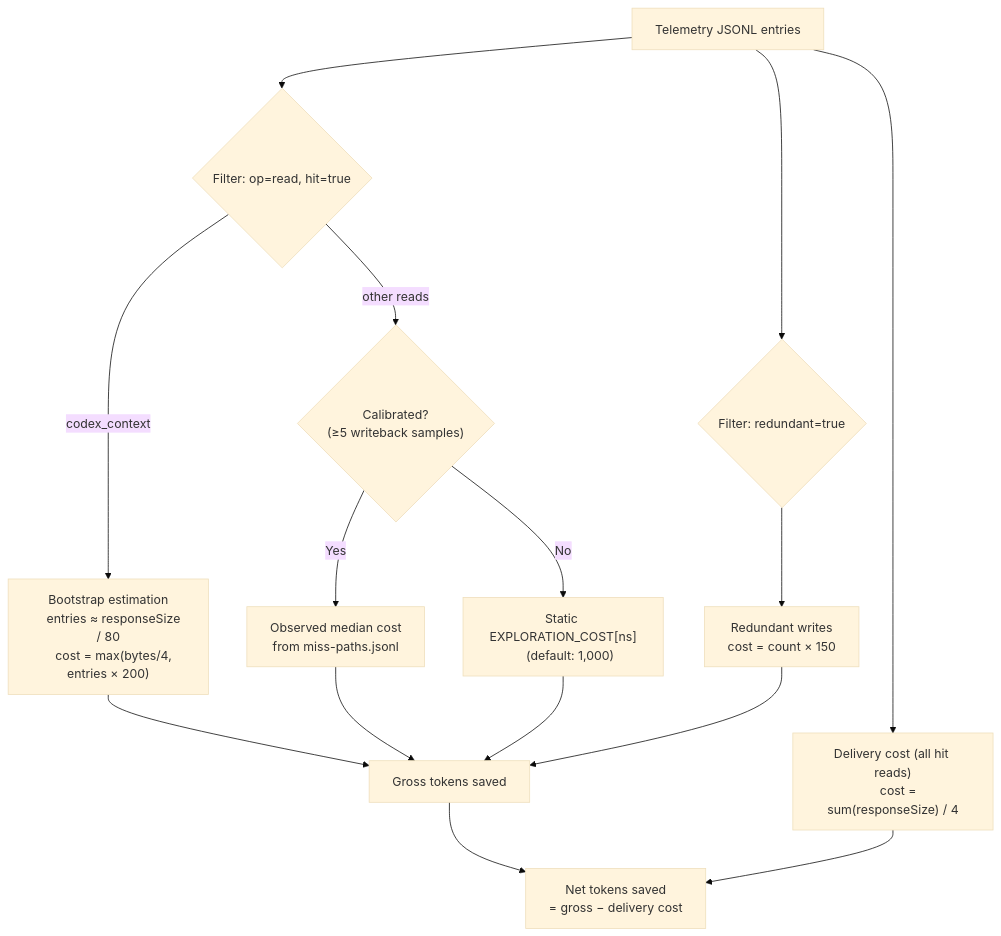
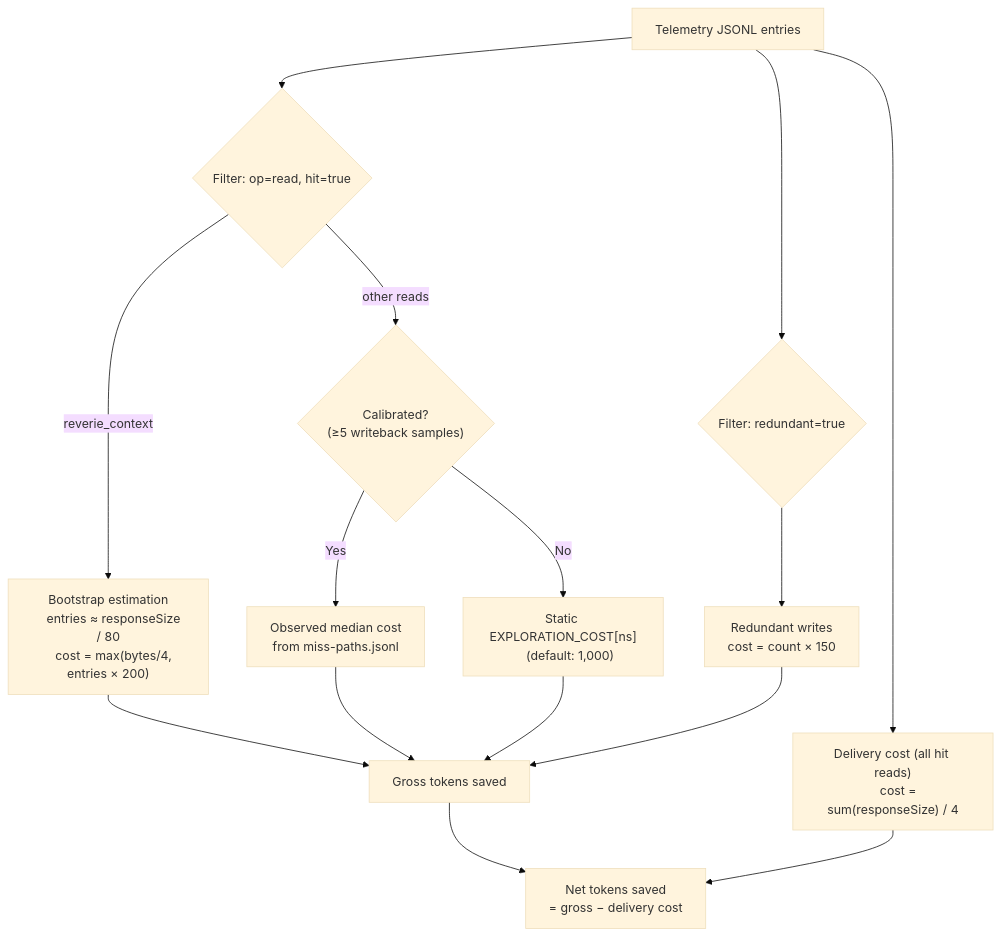
Before and after one commit to seabearDEV/Reverie: the fifth of 6 diagrams in docs/token-savings.md, drawn with Mermaid (base theme). The commit also changed other lines of this file and 162 other files, not shown here.

````diff
--- a/docs/token-savings.md
+++ b/docs/token-savings.md
@@ -309,28 +309,28 @@
 ```mermaid
 flowchart TD
     T["Telemetry JSONL entries"] --> F{"Filter: op=read, hit=true"}
-    F -->|codex_context| B["Bootstrap estimation
+    F -->|reverie_context| B["Bootstrap estimation
     entries ≈ responseSize / 80
     cost = max(bytes/4, entries × 200)"]
     F -->|other reads| CAL{"Calibrated?
     (≥5 writeback samples)"}
     CAL -->|Yes| OBS["Observed median cost
     from miss-paths.jsonl"]
     CAL -->|No| STATIC["Static EXPLORATION_COST[ns]
     (default: 1,000)"]
     T --> R{"Filter: redundant=true"}
     R --> RW["Redundant writes
     cost = count × 150"]
 
     B --> GROSS["Gross tokens saved"]
     OBS --> GROSS
     STATIC --> GROSS
     RW --> GROSS
 
     T --> DC["Delivery cost (all hit reads)
     cost = sum(responseSize) / 4"]
 
     GROSS --> NET["Net tokens saved
     = gross − delivery cost"]
     DC --> NET
 ```
````
